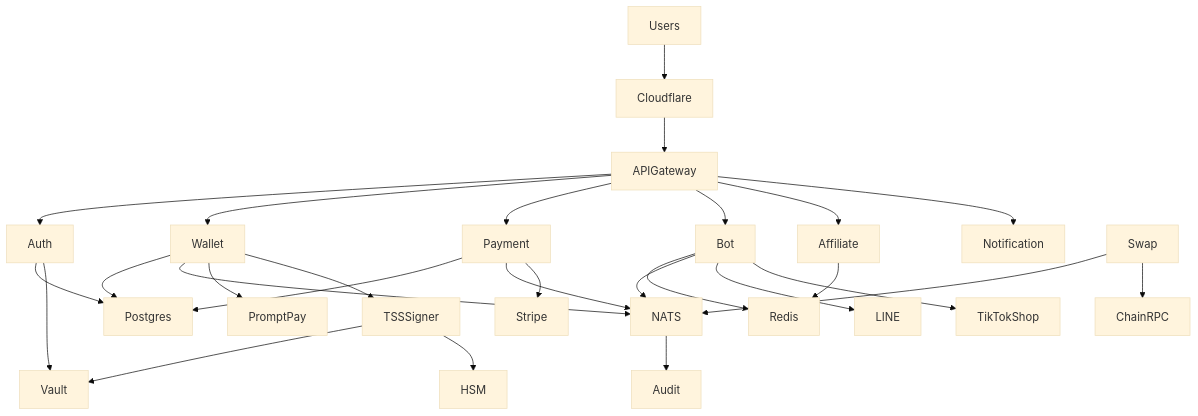
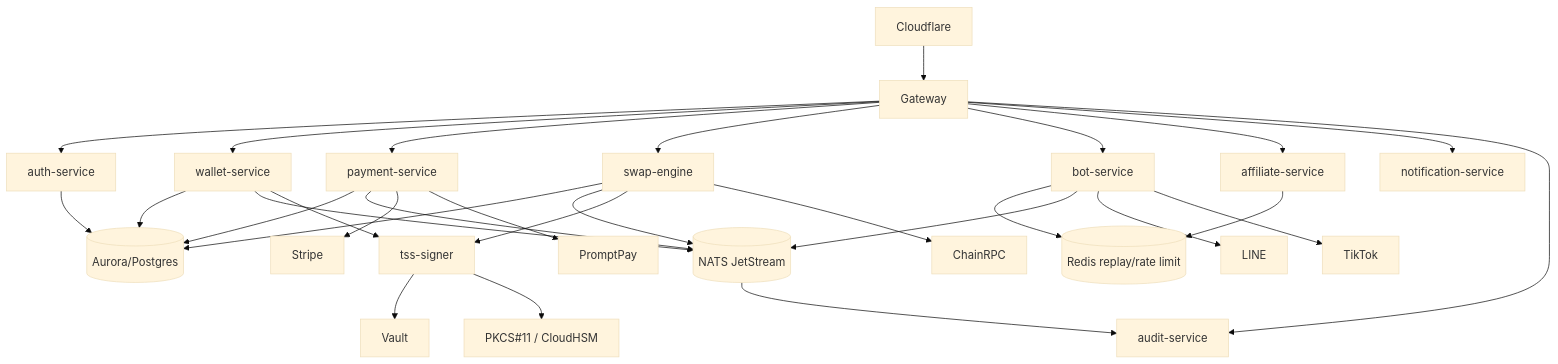
Before and after one commit to cvsz/zeaz-meta: the diagram in docs/repo-audit.md, drawn with Mermaid (base theme). The commit also changed other lines of this file and 21 other files, not shown here.

Commit message:
Consolidate ZeaZ enterprise architecture audit

````diff
--- a/docs/repo-audit.md
+++ b/docs/repo-audit.md
@@ -49,30 +122,32 @@
 ```mermaid
 graph TD
-  Users --> Cloudflare
-  Cloudflare --> APIGateway
-  APIGateway --> Auth
-  APIGateway --> Wallet
-  APIGateway --> Payment
-  APIGateway --> Bot
-  APIGateway --> Affiliate
-  APIGateway --> Notification
-  Wallet --> Postgres
+  Cloudflare --> Gateway
+  Gateway --> Auth[auth-service]
+  Gateway --> Wallet[wallet-service]
+  Gateway --> Payment[payment-service]
+  Gateway --> Swap[swap-engine]
+  Gateway --> Bot[bot-service]
+  Gateway --> Affiliate[affiliate-service]
+  Gateway --> Notify[notification-service]
+  Gateway --> Audit[audit-service]
+  Wallet --> Postgres[(Aurora/Postgres)]
   Payment --> Postgres
   Auth --> Postgres
-  Bot --> Redis
+  Swap --> Postgres
+  Bot --> Redis[(Redis replay/rate limit)]
   Affiliate --> Redis
-  Wallet --> NATS
+  Wallet --> NATS[(NATS JetStream)]
   Payment --> NATS
   Swap --> NATS
   Bot --> NATS
   NATS --> Audit
+  Wallet --> TSS[tss-signer]
+  Swap --> TSS
+  TSS --> Vault
+  TSS --> HSM[PKCS#11 / CloudHSM]
   Payment --> Stripe
-  Wallet --> PromptPay
+  Payment --> PromptPay
+  Bot --> LINE
+  Bot --> TikTok
   Swap --> ChainRPC
-  Bot --> LINE
-  Bot --> TikTokShop
-  Auth --> Vault
-  Wallet --> TSSSigner
-  TSSSigner --> Vault
-  TSSSigner --> HSM
 ```
````
